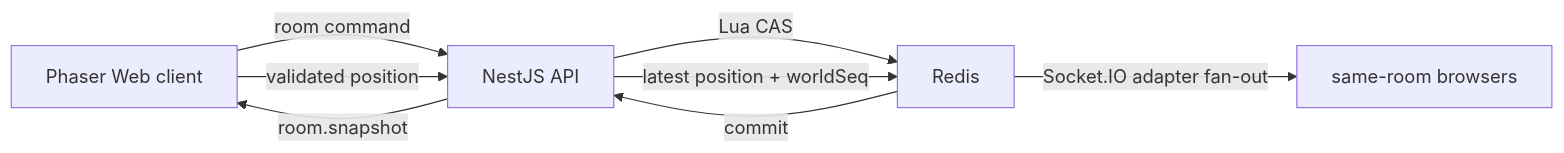
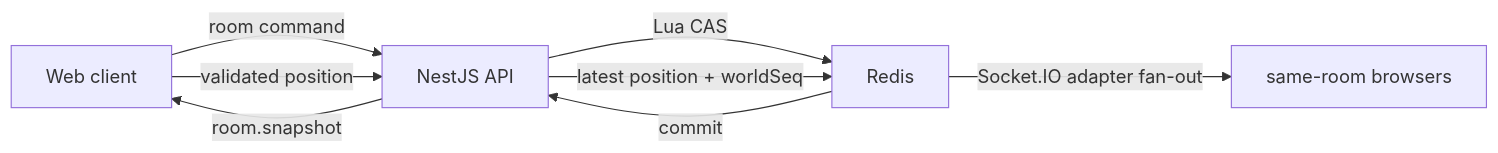
The second of 2 diagrams in docs/poke-lounge-game-concept.md (icecokel/poke-lounge), drawn with Mermaid before and after one commit. The commit also changed other lines of this file and 16 other files, not shown here.

````diff
--- a/docs/poke-lounge-game-concept.md
+++ b/docs/poke-lounge-game-concept.md
@@ -85,10 +85,10 @@
 ```mermaid
 flowchart LR
-  Web["Phaser Web client"] -->|"room command"| API["NestJS API"]
+  Web["Web client"] -->|"room command"| API["NestJS API"]
   API -->|"Lua CAS"| Redis["Redis"]
   Redis -->|"commit"| API
   API -->|"room.snapshot"| Web
   Web -->|"validated position"| API
   API -->|"latest position + worldSeq"| Redis
   Redis -->|"Socket.IO adapter fan-out"| Peer["same-room browsers"]
 ```
````
